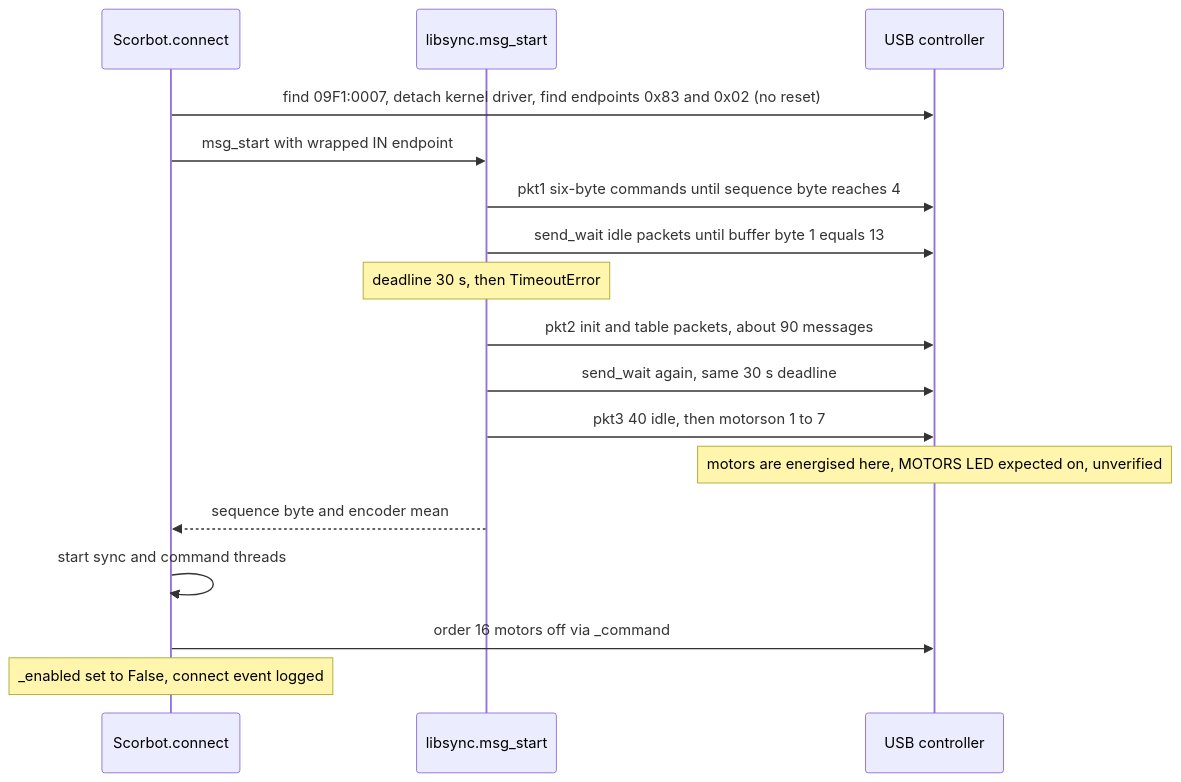
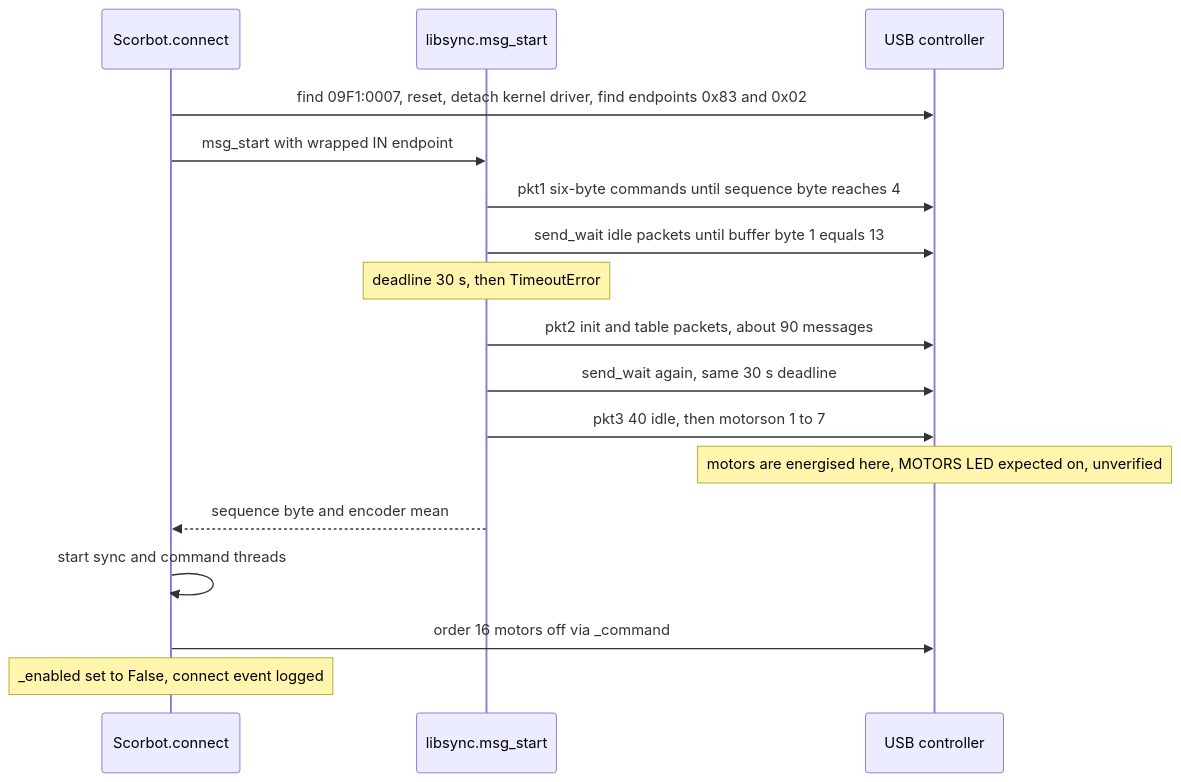
One commit to Sebastianr8243/scorbot-er4u-python changed the fifth of 5 diagrams in docs/design/ARCHITECTURE.md. Above: the diagram before and after it, drawn with Mermaid. The commit also changed 2 other files, not shown here.

Commit message:
Keep the connect-time device.reset(); only pin the endpoints
Codex review found that without the reset, a stale reply left in the
controller could satisfy the handshake wait and start the motor-on
packets early (libsync.send_wait accepts buffer[1] == 13 and check()
ignores read lengths). Not shown on a real controller, so the reset
stays until a lab test says otherwise. The 0x02/0x83 pinning is kept.

````diff
--- a/docs/design/ARCHITECTURE.md
+++ b/docs/design/ARCHITECTURE.md
@@ -217,19 +217,19 @@
 ```mermaid
 sequenceDiagram
     participant F as Scorbot.connect
     participant M as libsync.msg_start
     participant U as USB controller
-    F->>U: find 09F1:0007, detach kernel driver, find endpoints 0x83 and 0x02 (no reset)
+    F->>U: find 09F1:0007, reset, detach kernel driver, find endpoints 0x83 and 0x02
     F->>M: msg_start with wrapped IN endpoint
     M->>U: pkt1 six-byte commands until sequence byte reaches 4
     M->>U: send_wait idle packets until buffer byte 1 equals 13
     Note over M: deadline 30 s, then TimeoutError
     M->>U: pkt2 init and table packets, about 90 messages
     M->>U: send_wait again, same 30 s deadline
     M->>U: pkt3 40 idle, then motorson 1 to 7
     Note over U: motors are energised here, MOTORS LED expected on, unverified
     M-->>F: sequence byte and encoder mean
     F->>F: start sync and command threads
     F->>U: order 16 motors off via _command
     Note over F: _enabled set to False, connect event logged
 ```
````
